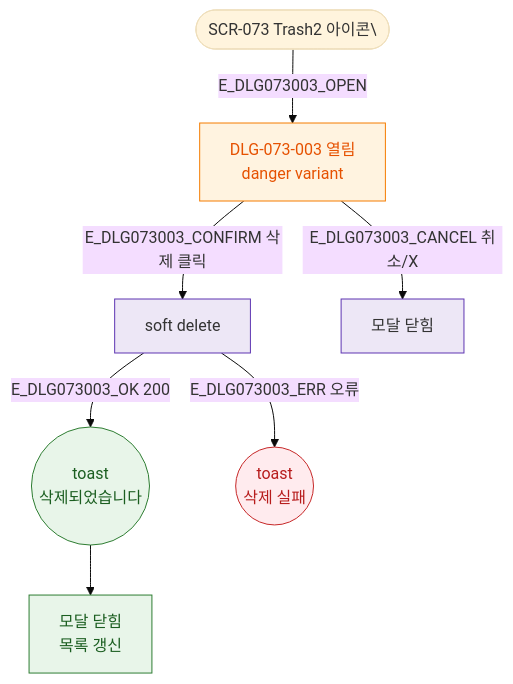
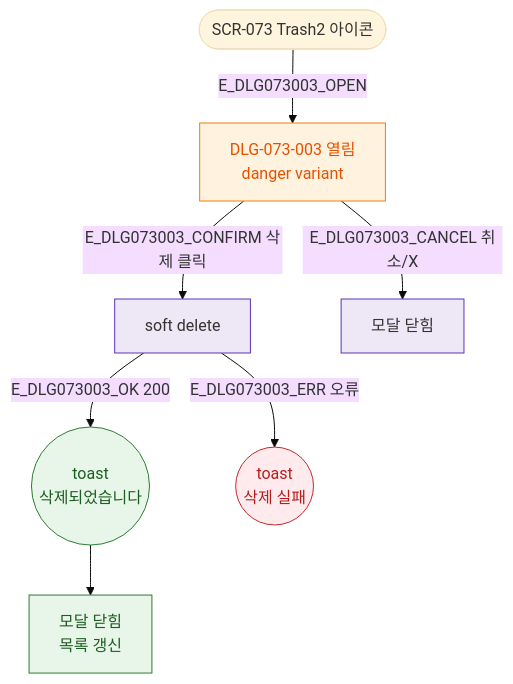
One commit to dev-spogym/admin-pando changed the diagram in docs/admin/다이어그램/D08_마케팅/DLG/DLG-073-003_쿠폰삭제확인/M1_생명주기.md. Above: the diagram before and after it, drawn with Mermaid (base theme). The commit also changed 369 other files, not shown here.

````diff
--- a/docs/admin/다이어그램/D08_마케팅/DLG/DLG-073-003_쿠폰삭제확인/M1_생명주기.md
+++ b/docs/admin/다이어그램/D08_마케팅/DLG/DLG-073-003_쿠폰삭제확인/M1_생명주기.md
@@ -12,19 +12,19 @@
 ```mermaid
 flowchart TD
-  TRIGGER([SCR-073 Trash2 아이콘\]) -->|E_DLG073003_OPEN|MODAL[DLG-073-003 열림\ndanger variant]
+  TRIGGER([SCR-073 Trash2 아이콘]) -->|E_DLG073003_OPEN|MODAL[DLG-073-003 열림\ndanger variant]
   MODAL -->|E_DLG073003_CONFIRM 삭제 클릭|API[soft delete]
   MODAL -->|E_DLG073003_CANCEL 취소/X|CLOSE[모달 닫힘]
   API -->|E_DLG073003_OK 200|T_OK((toast\n삭제되었습니다))
   API -->|E_DLG073003_ERR 오류|T_ERR((toast\n삭제 실패))
   T_OK --> CLOSE_OK[모달 닫힘\n목록 갱신]
 
   classDef modal fill:#FFF3E0,stroke:#F57C00,color:#E65100
   classDef success fill:#E8F5E9,stroke:#2E7D32,color:#1B5E20
   classDef error fill:#FFEBEE,stroke:#C62828,color:#B71C1C
   classDef system fill:#EDE7F6,stroke:#5E35B2
 
   class MODAL modal
   class T_OK,CLOSE_OK success
   class T_ERR error
   class API,CLOSE system
 ```
````
